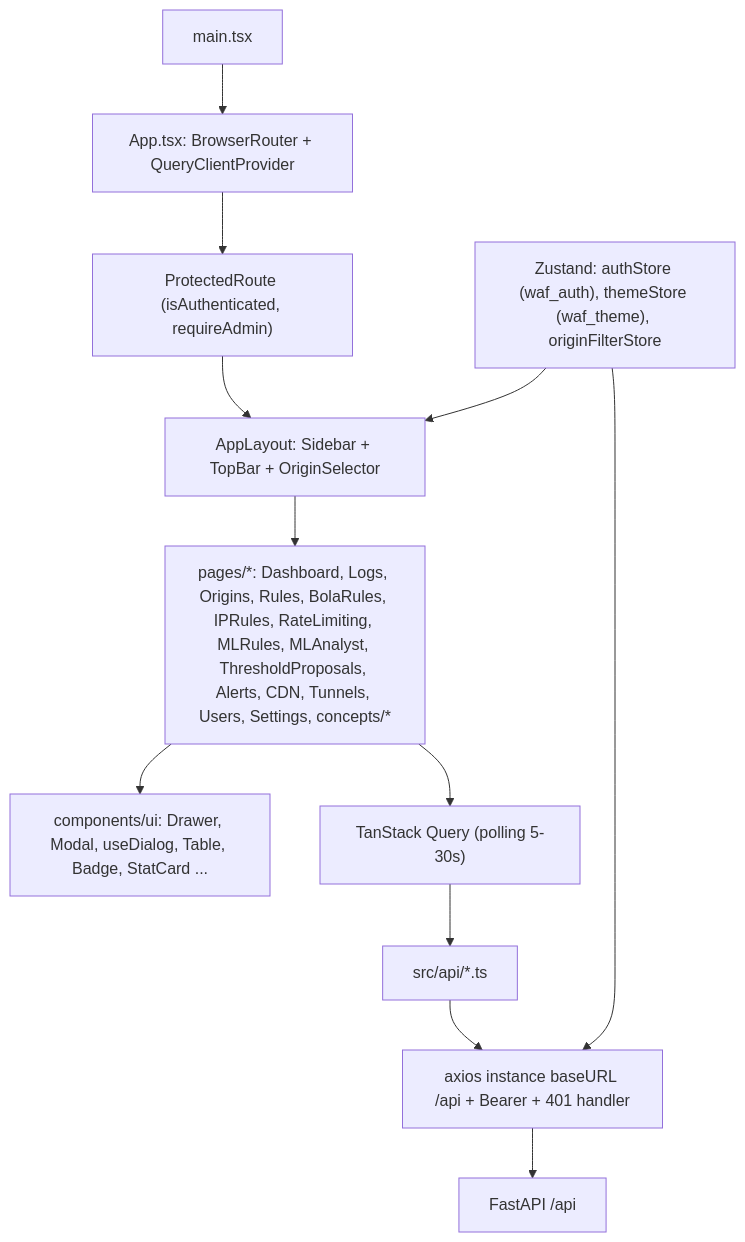
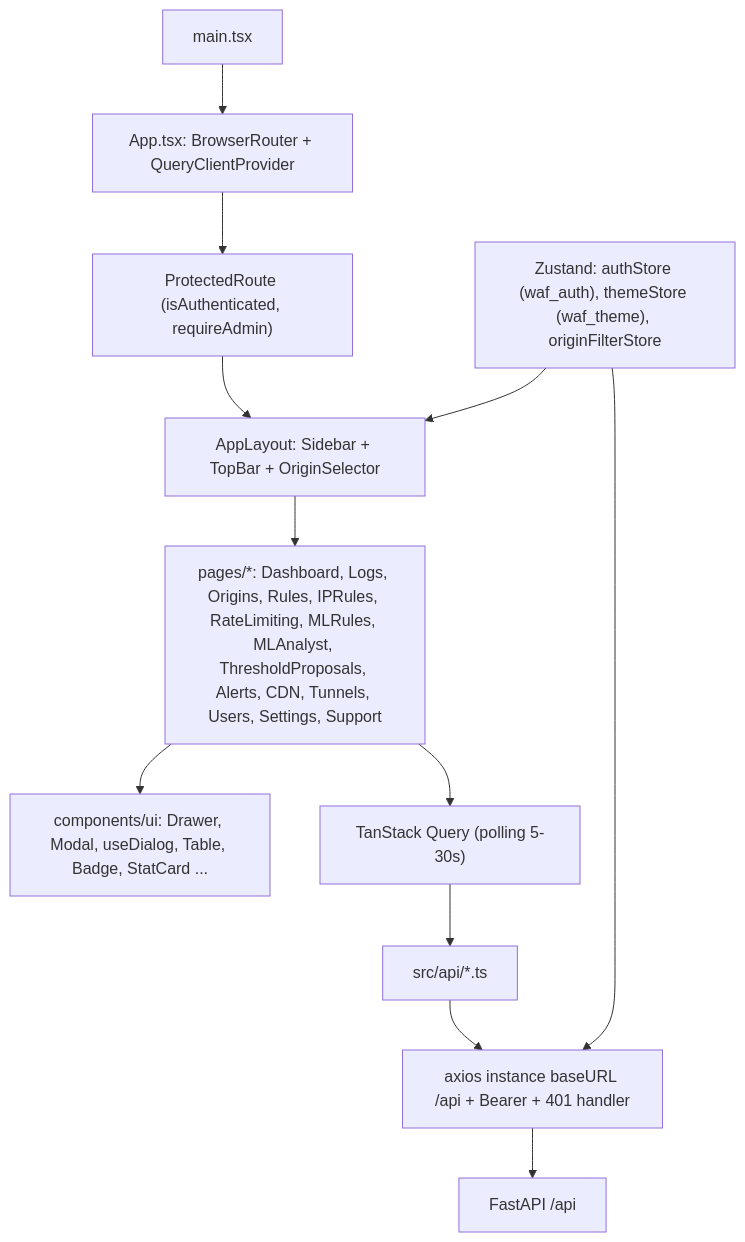
The diagram in docs/frontend/27-react-architecture.md (jakkaret/waf-cdn-platform), drawn with Mermaid before and after one commit. The commit also changed 43 other files, not shown here.

````diff
--- a/docs/frontend/27-react-architecture.md
+++ b/docs/frontend/27-react-architecture.md
@@ -14,14 +14,14 @@
 ```mermaid
 flowchart TB
   main["main.tsx"] --> app["App.tsx: BrowserRouter + QueryClientProvider"]
   app --> pr["ProtectedRoute (isAuthenticated, requireAdmin)"]
   pr --> layout["AppLayout: Sidebar + TopBar + OriginSelector"]
-  layout --> pages["pages/*: Dashboard, Logs, Origins, Rules, BolaRules, IPRules, RateLimiting, MLRules, MLAnalyst, ThresholdProposals, Alerts, CDN, Tunnels, Users, Settings, concepts/*"]
+  layout --> pages["pages/*: Dashboard, Logs, Origins, Rules, IPRules, RateLimiting, MLRules, MLAnalyst, ThresholdProposals, Alerts, CDN, Tunnels, Users, Settings, Support"]
   pages --> ui["components/ui: Drawer, Modal, useDialog, Table, Badge, StatCard ..."]
   pages --> rq["TanStack Query (polling 5-30s)"]
   rq --> apis["src/api/*.ts"]
   apis --> ax["axios instance baseURL /api + Bearer + 401 handler"]
   ax --> be["FastAPI /api"]
   stores["Zustand: authStore (waf_auth), themeStore (waf_theme), originFilterStore"] --> layout
   stores --> ax
 ```
````
